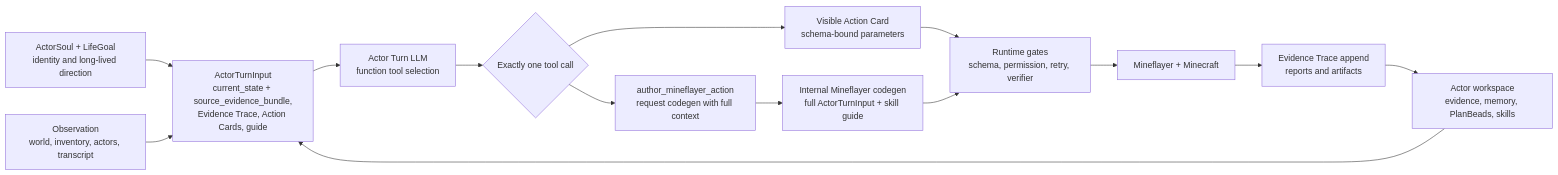
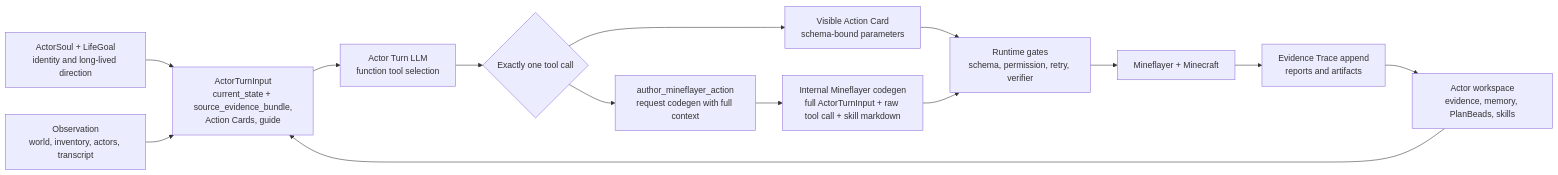
One commit to gigio1023/minecraft-llm-agent-community changed the first of 6 diagrams in CURRENT_IMPLEMENTATION_ARCHITECTURE_REVIEW.md. Above: the diagram before and after it, drawn with Mermaid. The commit also changed other lines of this file and 20 other files, not shown here.

Commit message:
Trim Actor Turn source evidence input

````diff
--- a/CURRENT_IMPLEMENTATION_ARCHITECTURE_REVIEW.md
+++ b/CURRENT_IMPLEMENTATION_ARCHITECTURE_REVIEW.md
@@ -38,23 +38,23 @@
 ```mermaid
 flowchart LR
   Soul["ActorSoul + LifeGoal<br/>identity and long-lived direction"]
   Workspace["Actor workspace<br/>evidence, memory, PlanBeads, skills"]
   Observe["Observation<br/>world, inventory, actors, transcript"]
-  Input["ActorTurnInput<br/>current_state + source_evidence_bundle,<br/>Evidence Trace, Action Cards, guide"]
+  Input["ActorTurnInput<br/>current_state + source_evidence_bundle,<br/>Action Cards, guide"]
   LLM["Actor Turn LLM<br/>function tool selection"]
   Choice{"Exactly one tool call"}
   Card["Visible Action Card<br/>schema-bound parameters"]
   Author["author_mineflayer_action<br/>request codegen with full context"]
   Runtime["Runtime gates<br/>schema, permission, retry, verifier"]
-  Codegen["Internal Mineflayer codegen<br/>full ActorTurnInput + skill guide"]
+  Codegen["Internal Mineflayer codegen<br/>full ActorTurnInput + raw tool call + skill markdown"]
   MC["Mineflayer + Minecraft"]
   Evidence["Evidence Trace append<br/>reports and artifacts"]
 
   Soul --> Input
   Workspace --> Input
   Observe --> Input
   Input --> LLM --> Choice
   Choice --> Card --> Runtime
   Choice --> Author --> Codegen --> Runtime
   Runtime --> MC --> Evidence --> Workspace
 ```
````
